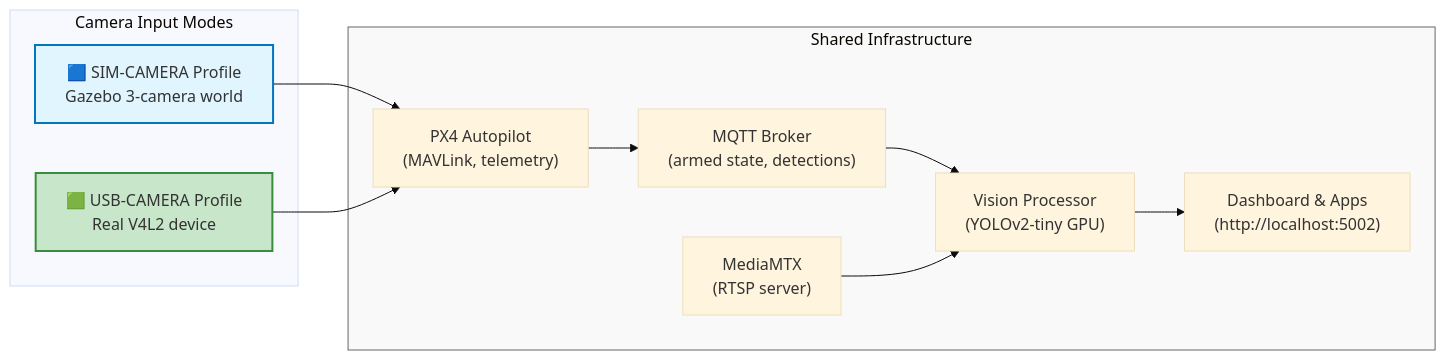
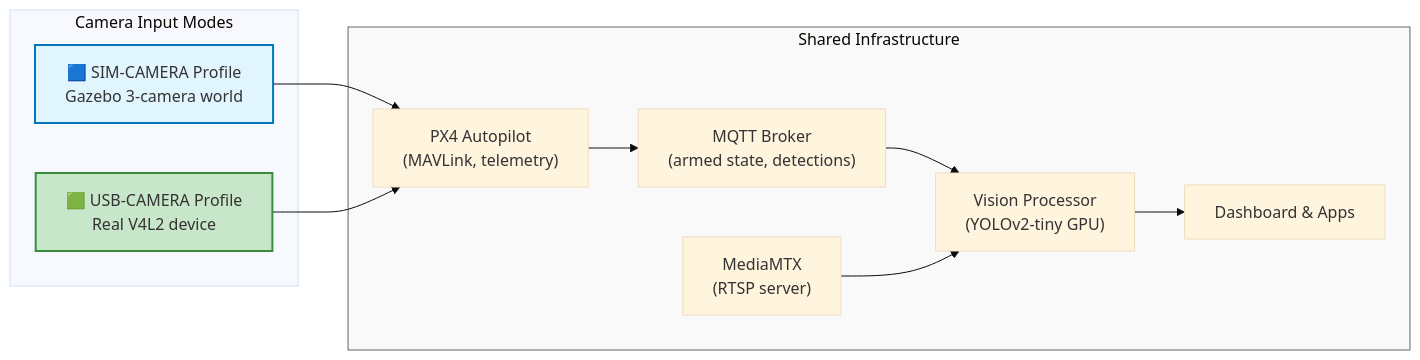
One commit to open-edge-platform/federal-and-aerospace-ai-suite changed the first of 4 diagrams in uav-mission-compute-sdk/docs/user-guide/camera-modes.md. Above: the diagram before and after it, drawn with Mermaid (base theme). The commit also changed other lines of this file and 3 other files, not shown here.

````diff
--- a/uav-mission-compute-sdk/docs/user-guide/camera-modes.md
+++ b/uav-mission-compute-sdk/docs/user-guide/camera-modes.md
@@ -12,26 +12,26 @@
 ```mermaid
 graph LR
     subgraph MODES["Camera Input Modes"]
         SIM["🟦 SIM-CAMERA Profile<br/>Gazebo 3-camera world"]
         USB["🟩 USB-CAMERA Profile<br/>Real V4L2 device"]
     end
 
     subgraph COMMON["Shared Infrastructure"]
         PX4["PX4 Autopilot<br/>(MAVLink, telemetry)"]
         MQTT["MQTT Broker<br/>(armed state, detections)"]
         MTX["MediaMTX<br/>(RTSP server)"]
         VP["Vision Processor<br/>(YOLOv2-tiny GPU)"]
-        APP["Dashboard & Apps<br/>(http://localhost:5002)"]
+        APP["Dashboard & Apps<br/>"]
     end
 
     SIM --> PX4
     USB --> PX4
     PX4 --> MQTT
     MQTT --> VP
     MTX --> VP
     VP --> APP
 
     style SIM fill:#e1f5ff,stroke:#0277bd,stroke-width:2px
     style USB fill:#c8e6c9,stroke:#388e3c,stroke-width:2px
     style COMMON fill:#f9f9f9,stroke:#666,stroke-width:1px
 ```
````
